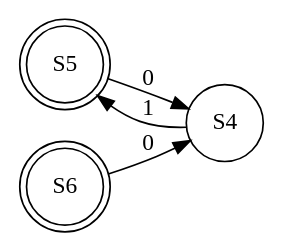
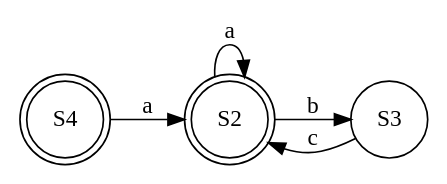
Before and after one commit to Tradewcs/diploma: the diagram in main.gv, drawn with Graphviz. The commit also changed 6 other files, not shown here.

```diff
--- a/main.gv
+++ b/main.gv
@@ -1,9 +1,10 @@
 digraph NFA {
 	rankdir=LR;
 	node [shape=circle];
-	S5 [shape=doublecircle];
-	S6 [shape=doublecircle];
-	S4 -> S5 [label="1"];
-	S5 -> S4 [label="0"];
-	S6 -> S4 [label="0"];
+	S2 [shape=doublecircle];
+	S4 [shape=doublecircle];
+	S2 -> S2 [label="a"];
+	S2 -> S3 [label="b"];
+	S3 -> S2 [label="c"];
+	S4 -> S2 [label="a"];
 }
```
